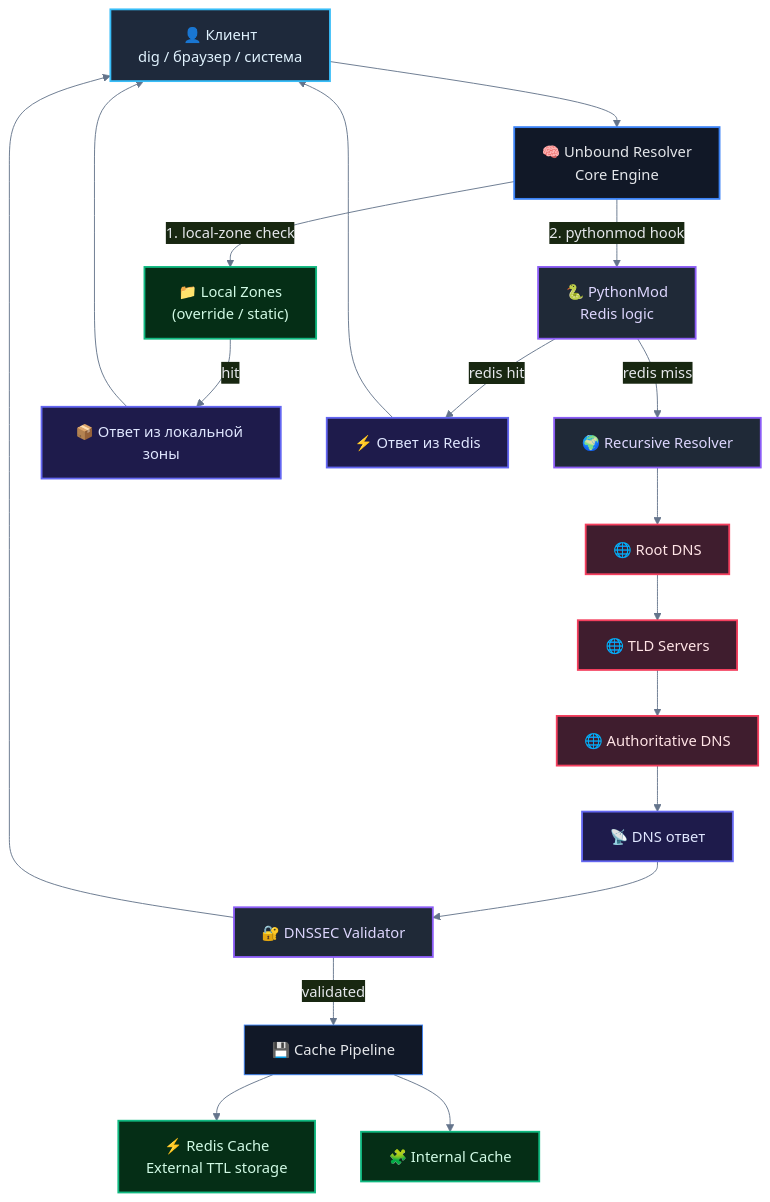
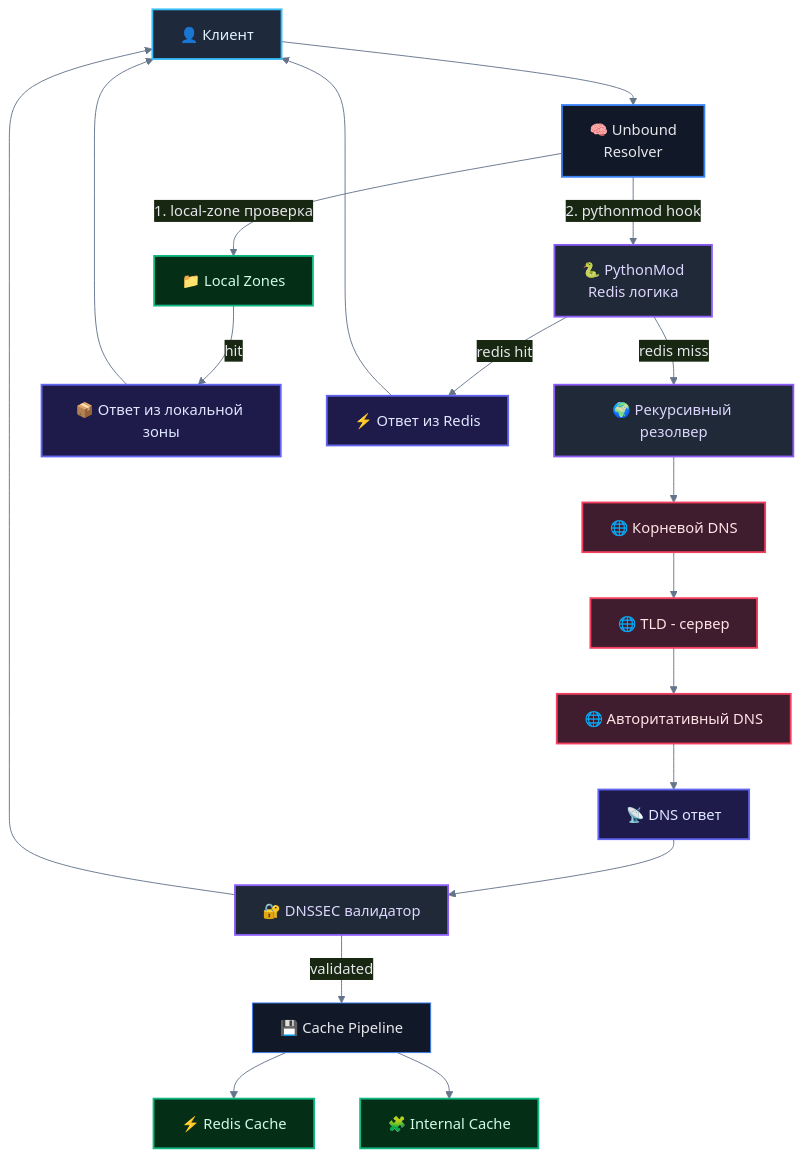
The diagram in README.md (Samoilov2004/dns-cache-project), drawn with Mermaid before and after one commit. The commit also changed other lines of this file, not shown here.

Commit message:
new mermaid scheme

```diff
--- a/README.md
+++ b/README.md
@@ -43,30 +75,30 @@
 flowchart TD
 
     %% CLIENT
-    CLIENT["👤 Клиент<br/>dig / браузер / система"]
+    CLIENT["👤 Клиент"]
 
     %% ENTRY
-    UNBOUND["🧠 Unbound Resolver<br/>Core Engine"]
+    UNBOUND["🧠 Unbound<br/>Resolver"]
 
     %% MODULES
-    PYMOD["🐍 PythonMod<br/>Redis logic"]
-    VALIDATOR["🔐 DNSSEC Validator"]
-    ITERATOR["🌍 Recursive Resolver"]
+    PYMOD["🐍 PythonMod<br/>Redis логика"]
+    VALIDATOR["🔐 DNSSEC валидатор"]
+    ITERATOR["🌍 Рекурсивный резолвер"]
 
     %% DATA SOURCES
-    LOCAL["📁 Local Zones<br/>(override / static)"]
-    REDIS["⚡ Redis Cache<br/>External TTL storage"]
+    LOCAL["📁 Local Zones"]
+    REDIS["⚡ Redis Cache"]
 
-    ROOT["🌐 Root DNS"]
-    TLD["🌐 TLD Servers"]
-    AUTH["🌐 Authoritative DNS"]
+    ROOT["🌐 Корневой DNS"]
+    TLD["🌐 TLD - сервер"]
+    AUTH["🌐 Авторитативный DNS"]
 
     %% FLOW
 
     CLIENT --> UNBOUND
 
     %% LOCAL ZONE CHECK
-    UNBOUND -->|1. local-zone check| LOCAL
+    UNBOUND -->|1. local-zone проверка| LOCAL
     LOCAL -->|hit| RESPONSE_LOCAL["📦 Ответ из локальной зоны"]
 
     %% PYTHONMOD
```
